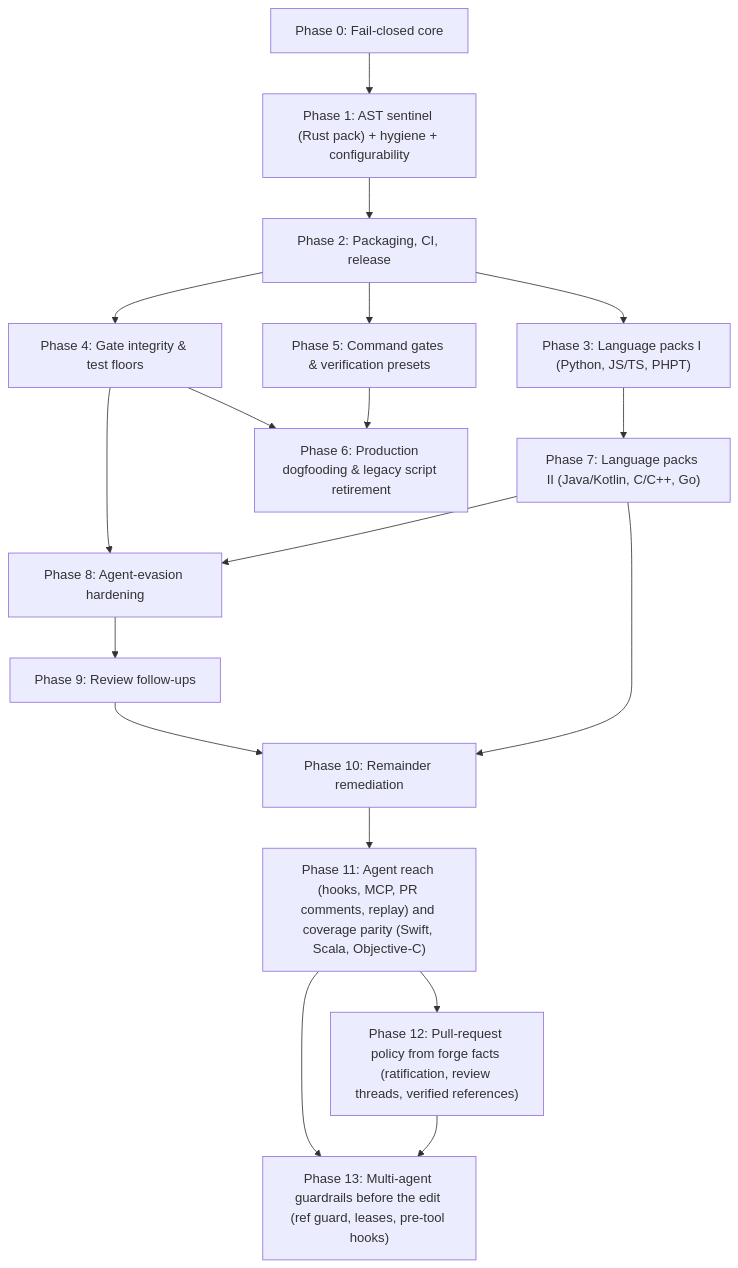
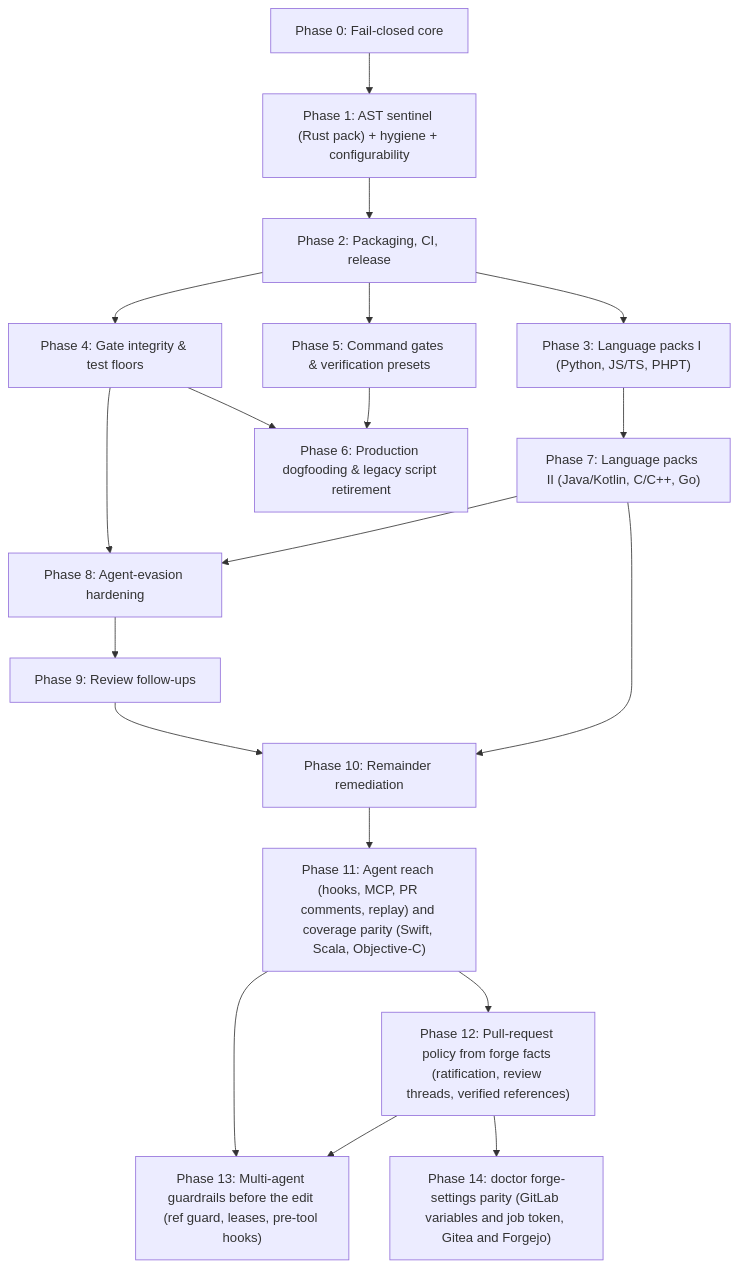
One commit to orieg/discipline changed the diagram in docs/ROADMAP.md. Above: the diagram before and after it, drawn with Mermaid. The commit also changed other lines of this file, not shown here.

First line of the commit message:
docs(roadmap): add Phase 14, doctor forge-settings parity; Phase 12 and 13 shipped in v0.15.0

````diff
--- a/docs/ROADMAP.md
+++ b/docs/ROADMAP.md
@@ -17,20 +17,21 @@
 ```mermaid
 flowchart TD
     P0["Phase 0: Fail-closed core"] --> P1["Phase 1: AST sentinel (Rust pack) + hygiene + configurability"]
     P1 --> P2["Phase 2: Packaging, CI, release"]
     P2 --> P3["Phase 3: Language packs I (Python, JS/TS, PHPT)"]
     P2 --> P4["Phase 4: Gate integrity & test floors"]
     P2 --> P5["Phase 5: Command gates & verification presets"]
     P3 --> P7["Phase 7: Language packs II (Java/Kotlin, C/C++, Go)"]
     P4 --> P6["Phase 6: Production dogfooding & legacy script retirement"]
     P5 --> P6
     P4 --> P8["Phase 8: Agent-evasion hardening"]
     P8 --> P9["Phase 9: Review follow-ups"]
     P9 --> P10["Phase 10: Remainder remediation"]
     P7 --> P10
     P10 --> P11["Phase 11: Agent reach (hooks, MCP, PR comments, replay) and coverage parity (Swift, Scala, Objective-C)"]
     P7 --> P8
     P11 --> P12["Phase 12: Pull-request policy from forge facts (ratification, review threads, verified references)"]
     P11 --> P13["Phase 13: Multi-agent guardrails before the edit (ref guard, leases, pre-tool hooks)"]
     P12 --> P13
+    P12 --> P14["Phase 14: doctor forge-settings parity (GitLab variables and job token, Gitea and Forgejo)"]
 ```
````
